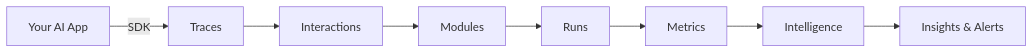
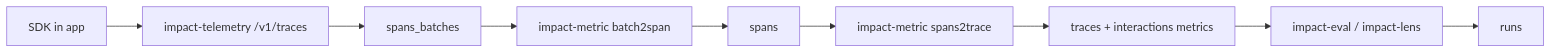
Before and after one commit to Impact-AI/docs: the diagram in concepts.mdx, drawn with Mermaid. The commit also changed other lines of this file and 28 other files, not shown here.

````diff
--- a/concepts.mdx
+++ b/concepts.mdx
@@ -152,10 +49,11 @@
 ```mermaid
 graph LR
-    A[Your AI App] -->|SDK| B[Traces]
-    B --> C[Interactions]
-    C --> D[Modules]
-    D --> E[Runs]
-    E --> F[Metrics]
-    F --> G[Intelligence]
-    G --> H[Insights & Alerts]
+    A[SDK in app] --> B[impact-telemetry /v1/traces]
+    B --> C[spans_batches]
+    C --> D[impact-metric batch2span]
+    D --> E[spans]
+    E --> F[impact-metric spans2trace]
+    F --> G[traces + interactions metrics]
+    G --> H[impact-eval / impact-lens]
+    H --> I[runs]
 ```
````
